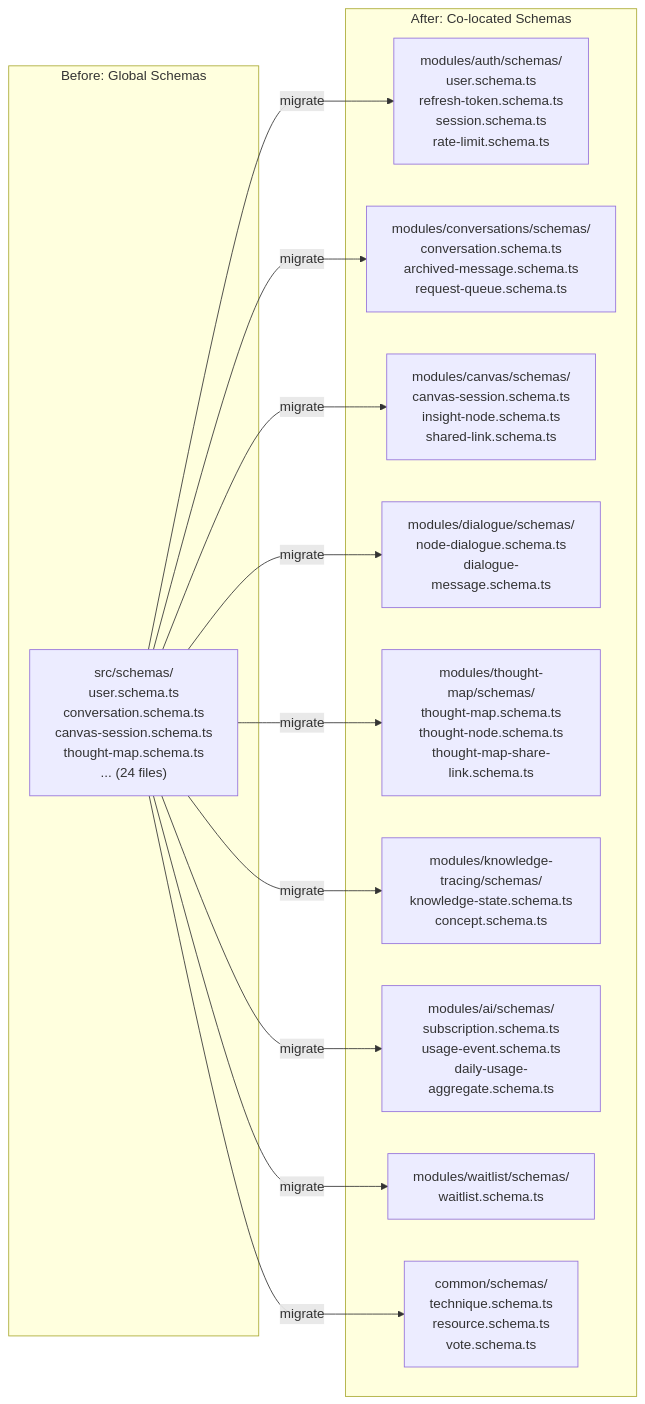
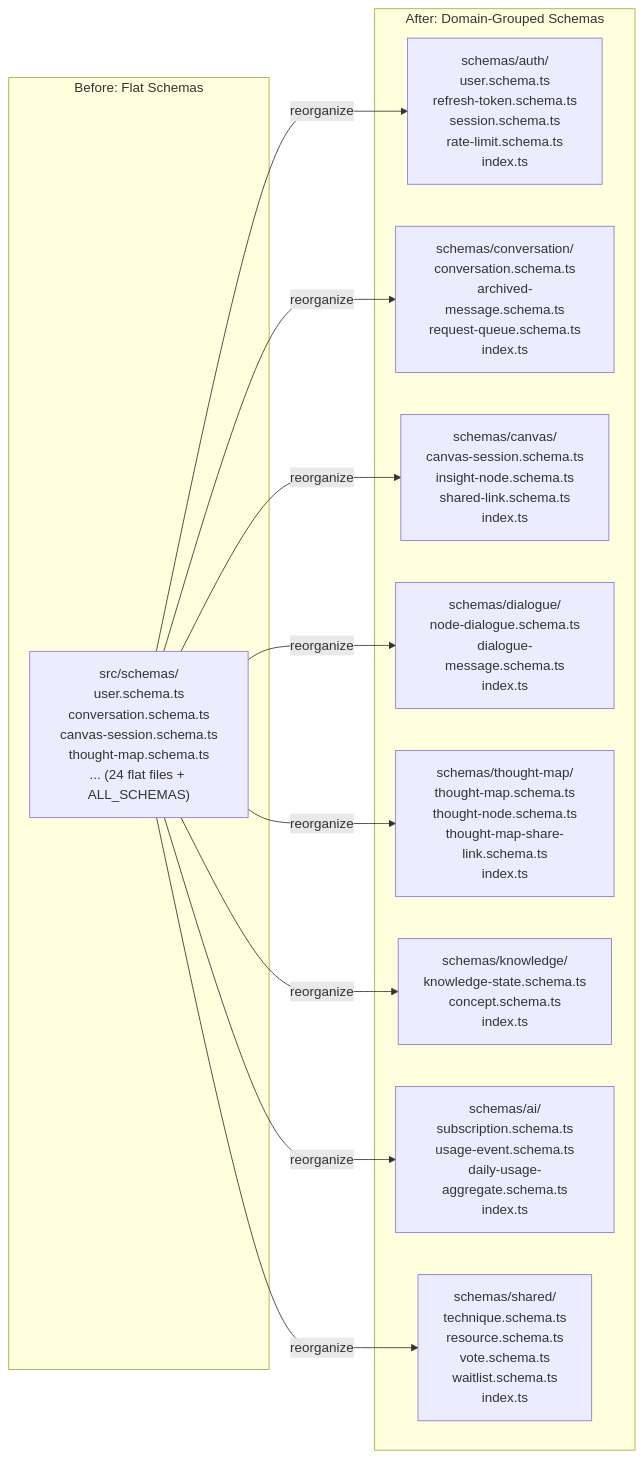
The fifth of 12 diagrams in docs/rfcs/active/rfc-0006-mukti-api-architecture-restructure/index.md (shettydev/mukti), drawn with Mermaid before and after one commit. The commit also changed other lines of this file, not shown here.

First line of the commit message:
docs(rfc): update api architecture restructure with schema grouping

````diff
--- a/docs/rfcs/active/rfc-0006-mukti-api-architecture-restructure/index.md
+++ b/docs/rfcs/active/rfc-0006-mukti-api-architecture-restructure/index.md
@@ -314,28 +339,26 @@
 ```mermaid
 graph LR
-    subgraph "Before: Global Schemas"
-        GS["src/schemas/<br/>user.schema.ts<br/>conversation.schema.ts<br/>canvas-session.schema.ts<br/>thought-map.schema.ts<br/>... (24 files)"]
+    subgraph "Before: Flat Schemas"
+        GS["src/schemas/<br/>user.schema.ts<br/>conversation.schema.ts<br/>canvas-session.schema.ts<br/>thought-map.schema.ts<br/>... (24 flat files + ALL_SCHEMAS)"]
     end
 
-    subgraph "After: Co-located Schemas"
-        AUTH_S["modules/auth/schemas/<br/>user.schema.ts<br/>refresh-token.schema.ts<br/>session.schema.ts<br/>rate-limit.schema.ts"]
-        CONV_S["modules/conversations/schemas/<br/>conversation.schema.ts<br/>archived-message.schema.ts<br/>request-queue.schema.ts"]
-        CANVAS_S["modules/canvas/schemas/<br/>canvas-session.schema.ts<br/>insight-node.schema.ts<br/>shared-link.schema.ts"]
-        DLG_S["modules/dialogue/schemas/<br/>node-dialogue.schema.ts<br/>dialogue-message.schema.ts"]
-        TM_S["modules/thought-map/schemas/<br/>thought-map.schema.ts<br/>thought-node.schema.ts<br/>thought-map-share-link.schema.ts"]
-        KT_S["modules/knowledge-tracing/schemas/<br/>knowledge-state.schema.ts<br/>concept.schema.ts"]
-        AI_S["modules/ai/schemas/<br/>subscription.schema.ts<br/>usage-event.schema.ts<br/>daily-usage-aggregate.schema.ts"]
-        WAIT_S["modules/waitlist/schemas/<br/>waitlist.schema.ts"]
-        SHARED_S["common/schemas/<br/>technique.schema.ts<br/>resource.schema.ts<br/>vote.schema.ts"]
+    subgraph "After: Domain-Grouped Schemas"
+        AUTH_S["schemas/auth/<br/>user.schema.ts<br/>refresh-token.schema.ts<br/>session.schema.ts<br/>rate-limit.schema.ts<br/>index.ts"]
+        CONV_S["schemas/conversation/<br/>conversation.schema.ts<br/>archived-message.schema.ts<br/>request-queue.schema.ts<br/>index.ts"]
+        CANVAS_S["schemas/canvas/<br/>canvas-session.schema.ts<br/>insight-node.schema.ts<br/>shared-link.schema.ts<br/>index.ts"]
+        DLG_S["schemas/dialogue/<br/>node-dialogue.schema.ts<br/>dialogue-message.schema.ts<br/>index.ts"]
+        TM_S["schemas/thought-map/<br/>thought-map.schema.ts<br/>thought-node.schema.ts<br/>thought-map-share-link.schema.ts<br/>index.ts"]
+        KT_S["schemas/knowledge/<br/>knowledge-state.schema.ts<br/>concept.schema.ts<br/>index.ts"]
+        AI_S["schemas/ai/<br/>subscription.schema.ts<br/>usage-event.schema.ts<br/>daily-usage-aggregate.schema.ts<br/>index.ts"]
+        SHARED_S["schemas/shared/<br/>technique.schema.ts<br/>resource.schema.ts<br/>vote.schema.ts<br/>waitlist.schema.ts<br/>index.ts"]
     end
 
-    GS -->|migrate| AUTH_S
-    GS -->|migrate| CONV_S
-    GS -->|migrate| CANVAS_S
-    GS -->|migrate| DLG_S
-    GS -->|migrate| TM_S
-    GS -->|migrate| KT_S
-    GS -->|migrate| AI_S
-    GS -->|migrate| WAIT_S
-    GS -->|migrate| SHARED_S
+    GS -->|reorganize| AUTH_S
+    GS -->|reorganize| CONV_S
+    GS -->|reorganize| CANVAS_S
+    GS -->|reorganize| DLG_S
+    GS -->|reorganize| TM_S
+    GS -->|reorganize| KT_S
+    GS -->|reorganize| AI_S
+    GS -->|reorganize| SHARED_S
 ```
````
